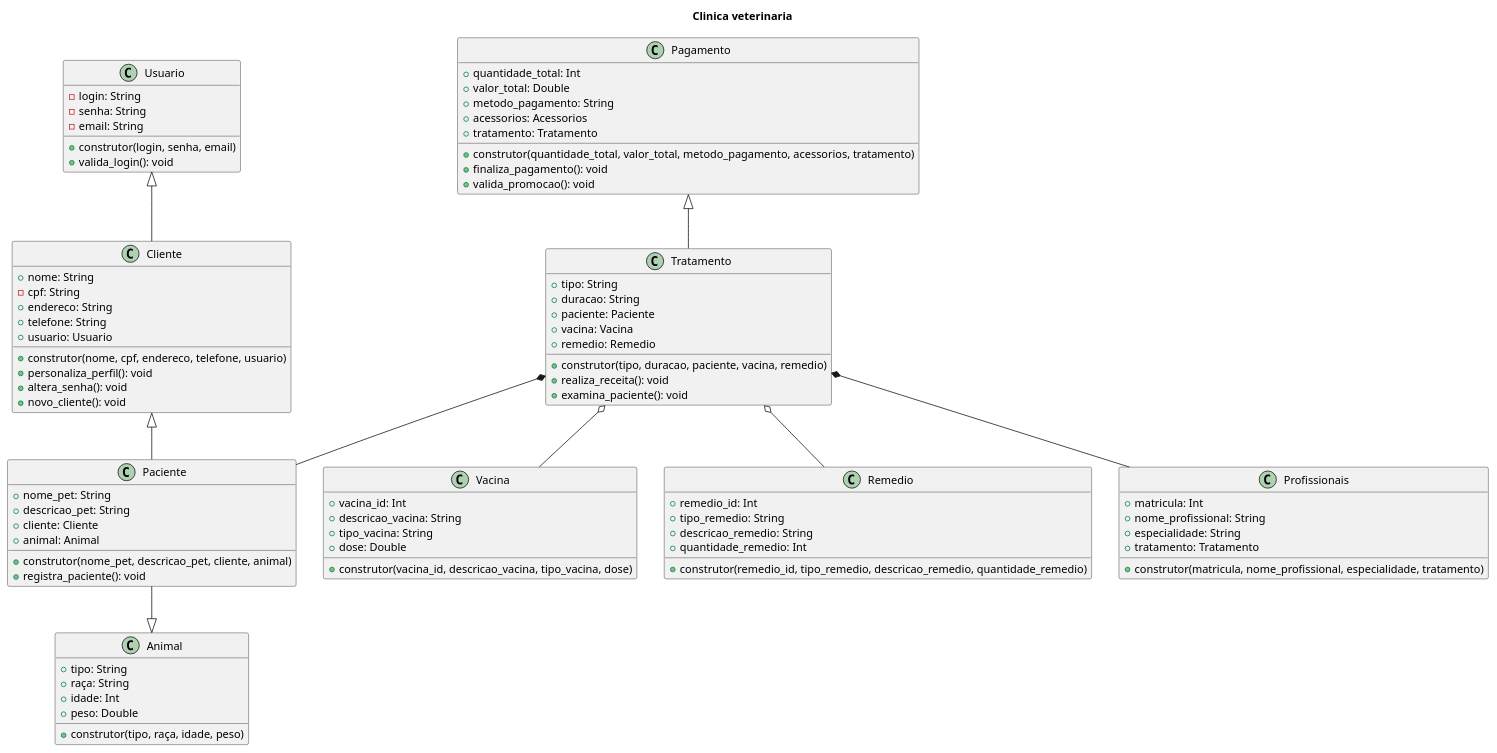
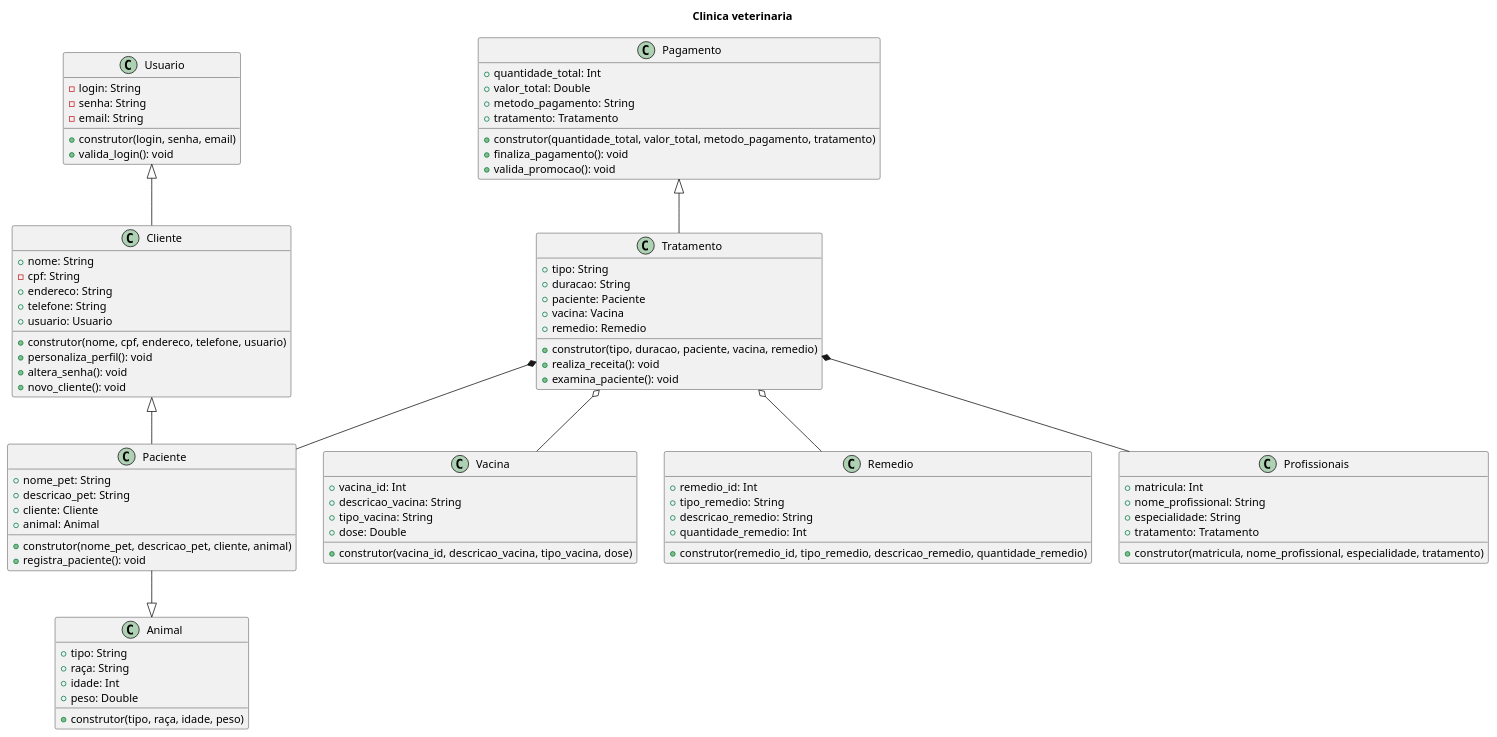
The diagram in veterinaria.plantuml (anleaes/2022-1-N2-POO-10), drawn with PlantUML before and after one commit. The commit also changed 8 other files, not shown here.

```diff
--- a/veterinaria.plantuml
+++ b/veterinaria.plantuml
@@ -1,99 +1,98 @@
 @startuml Diagrama de classes uml
 
 title Clinica veterinaria
 
 class Usuario {
     - login: String
     - senha: String
     - email: String
     + construtor(login, senha, email)
     + valida_login(): void
 }
 
 class Cliente {
     + nome: String
     - cpf: String
     + endereco: String
     + telefone: String
     + usuario: Usuario
     + construtor(nome, cpf, endereco, telefone, usuario)
     + personaliza_perfil(): void
     + altera_senha(): void
     + novo_cliente(): void
 }
 
 class Animal {
     + tipo: String
     + raça: String
     + idade: Int
     + peso: Double
     + construtor(tipo, raça, idade, peso)
 }
 
 class Paciente {
     + nome_pet: String
     + descricao_pet: String
     + cliente: Cliente
     + animal: Animal
     + construtor(nome_pet, descricao_pet, cliente, animal)
     + registra_paciente(): void
 }
 
 class Vacina {
     + vacina_id: Int
     + descricao_vacina: String
     + tipo_vacina: String
     + dose: Double
     + construtor(vacina_id, descricao_vacina, tipo_vacina, dose)
 }
 
 class Remedio {
     + remedio_id: Int
     + tipo_remedio: String
     + descricao_remedio: String
     + quantidade_remedio: Int
     + construtor(remedio_id, tipo_remedio, descricao_remedio, quantidade_remedio)
 }
 
 class Tratamento {
     + tipo: String
     + duracao: String
     + paciente: Paciente
     + vacina: Vacina
     + remedio: Remedio
     + construtor(tipo, duracao, paciente, vacina, remedio)
     + realiza_receita(): void
     + examina_paciente(): void
 }
 
 class Profissionais {
     + matricula: Int
     + nome_profissional: String
     + especialidade: String
     + tratamento: Tratamento
     + construtor(matricula, nome_profissional, especialidade, tratamento)
 }
 
 class Pagamento {
     + quantidade_total: Int
     + valor_total: Double
     + metodo_pagamento: String
-    + acessorios: Acessorios
     + tratamento: Tratamento
-    + construtor(quantidade_total, valor_total, metodo_pagamento, acessorios, tratamento)
+    + construtor(quantidade_total, valor_total, metodo_pagamento, tratamento)
     + finaliza_pagamento(): void
     + valida_promocao(): void
 }
 
 Usuario <|-- Cliente
 Cliente <|-- Paciente
 Paciente --|> Animal
 Tratamento *-- Paciente
 Tratamento *-- Profissionais
 Tratamento o-- Vacina
 Tratamento o-- Remedio
 Pagamento <|-- Tratamento
 
 
 
 @enduml
```
